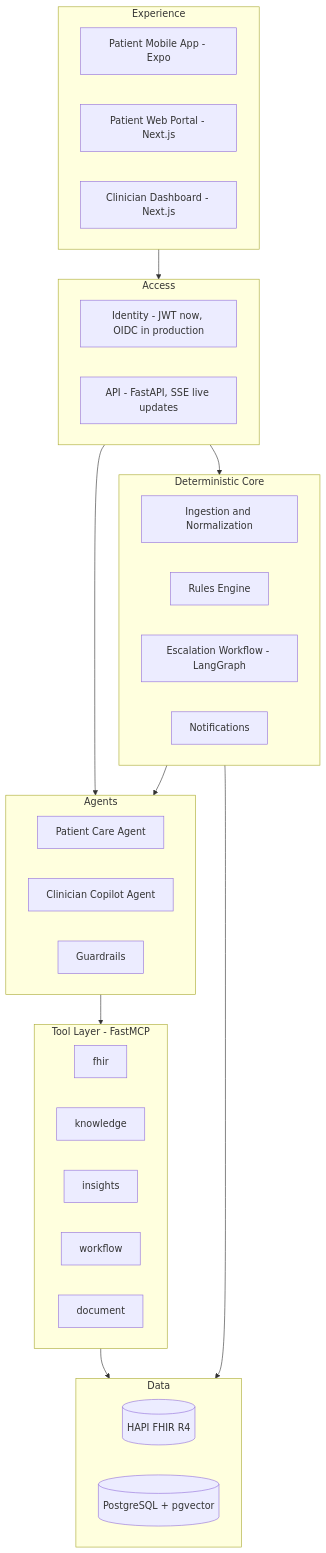
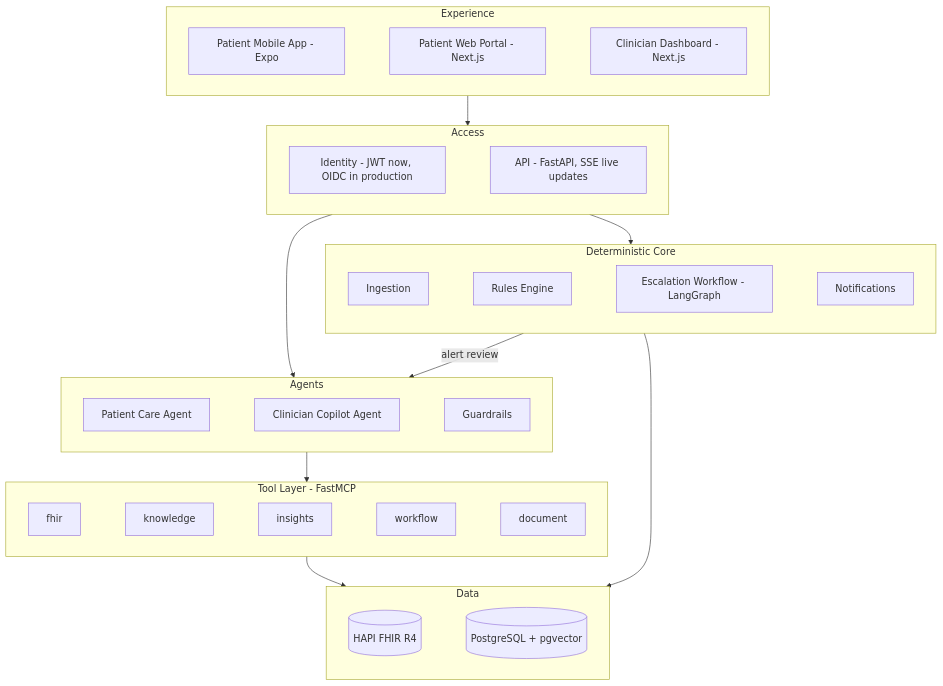
The seventh of 7 diagrams in docs/AivaCare-Architecture.md (plantekconsulting/aivacare), drawn with Mermaid before and after one commit. The commit also changed other lines of this file and 5 other files, not shown here.

Commit message:
Architecture PDF, team test guide, downloadable sample lab report

````diff
--- a/docs/AivaCare-Architecture.md
+++ b/docs/AivaCare-Architecture.md
@@ -199,37 +205,34 @@
 ```mermaid
 flowchart TB
   subgraph EXP["Experience"]
-    E1["Patient Mobile App - Expo"]
-    E2["Patient Web Portal - Next.js"]
-    E3["Clinician Dashboard - Next.js"]
+    direction LR
+    E1["Patient Mobile App - Expo"] ~~~ E2["Patient Web Portal - Next.js"] ~~~ E3["Clinician Dashboard - Next.js"]
   end
   subgraph ACC["Access"]
-    A1["Identity - JWT now, OIDC in production"]
-    A2["API - FastAPI, SSE live updates"]
+    direction LR
+    A1["Identity - JWT now, OIDC in production"] ~~~ A2["API - FastAPI, SSE live updates"]
   end
   subgraph AGT["Agents"]
-    G1["Patient Care Agent"]
-    G2["Clinician Copilot Agent"]
-    G3["Guardrails"]
+    direction LR
+    G1["Patient Care Agent"] ~~~ G2["Clinician Copilot Agent"] ~~~ G3["Guardrails"]
+  end
+  subgraph CORE["Deterministic Core"]
+    direction LR
+    C1["Ingestion"] ~~~ C2["Rules Engine"] ~~~ C3["Escalation Workflow - LangGraph"] ~~~ C4["Notifications"]
   end
   subgraph TOOL["Tool Layer - FastMCP"]
-    T1["fhir"]
-    T2["knowledge"]
-    T3["insights"]
-    T4["workflow"]
-    T5["document"]
-  end
-  subgraph CORE["Deterministic Core"]
-    C1["Ingestion and Normalization"]
-    C2["Rules Engine"]
-    C3["Escalation Workflow - LangGraph"]
-    C4["Notifications"]
+    direction LR
+    T1["fhir"] ~~~ T2["knowledge"] ~~~ T3["insights"] ~~~ T4["workflow"] ~~~ T5["document"]
   end
   subgraph DATA["Data"]
-    D1[("HAPI FHIR R4")]
-    D2[("PostgreSQL + pgvector")]
+    direction LR
+    D1[("HAPI FHIR R4")] ~~~ D2[("PostgreSQL + pgvector")]
   end
-  EXP --> ACC --> AGT --> TOOL --> DATA
-  ACC --> CORE --> DATA
-  CORE --> AGT
+  EXP --> ACC
+  ACC --> AGT
+  ACC --> CORE
+  CORE -->|"alert review"| AGT
+  AGT --> TOOL
+  TOOL --> DATA
+  CORE --> DATA
 ```
````
